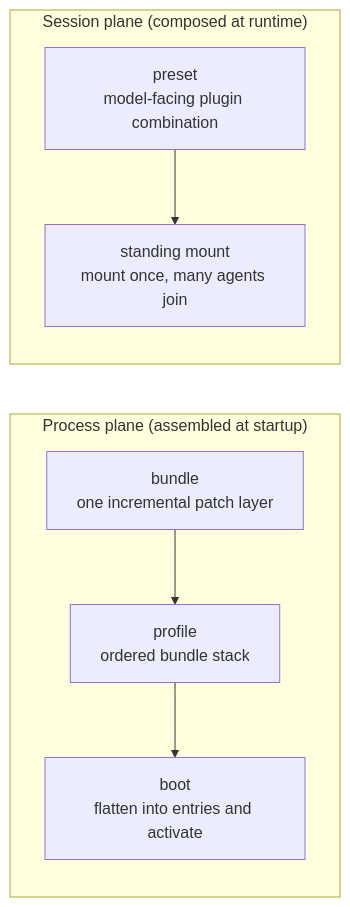
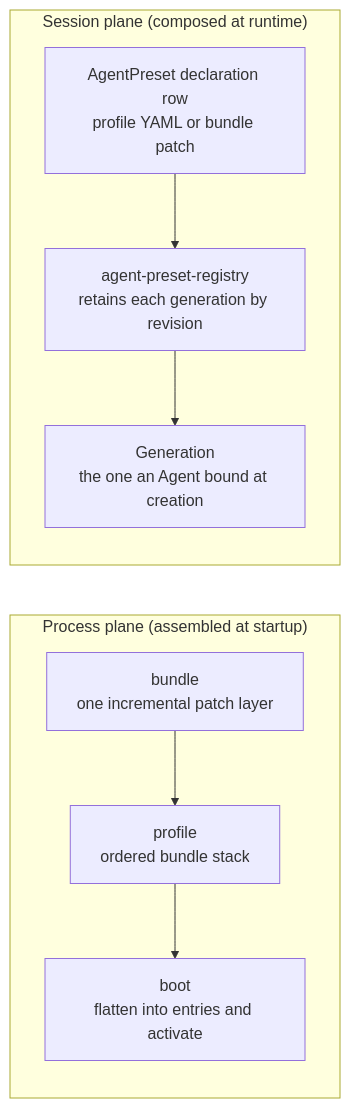
The first of 2 diagrams in ch15/ch15-preset-bundle-profile_en.md (ChenYu1991ppak/deepseek-harness-anatomy), drawn with Mermaid before and after one commit. The commit also changed other lines of this file and 124 other files, not shown here.

````diff
--- a/ch15/ch15-preset-bundle-profile_en.md
+++ b/ch15/ch15-preset-bundle-profile_en.md
@@ -74,10 +76,11 @@
 ```mermaid
 flowchart LR
     subgraph PROC["Process plane (assembled at startup)"]
         B["bundle<br/>one incremental patch layer"] --> P["profile<br/>ordered bundle stack"]
         P --> BOOT["boot<br/>flatten into entries and activate"]
     end
     subgraph SESS["Session plane (composed at runtime)"]
-        PRE["preset<br/>model-facing plugin combination"] --> SM["standing mount<br/>mount once, many agents join"]
+        D["AgentPreset declaration row<br/>profile YAML or bundle patch"] --> R["agent-preset-registry<br/>retains each generation by revision"]
+        R --> G["Generation<br/>the one an Agent bound at creation"]
     end
 ```
````
